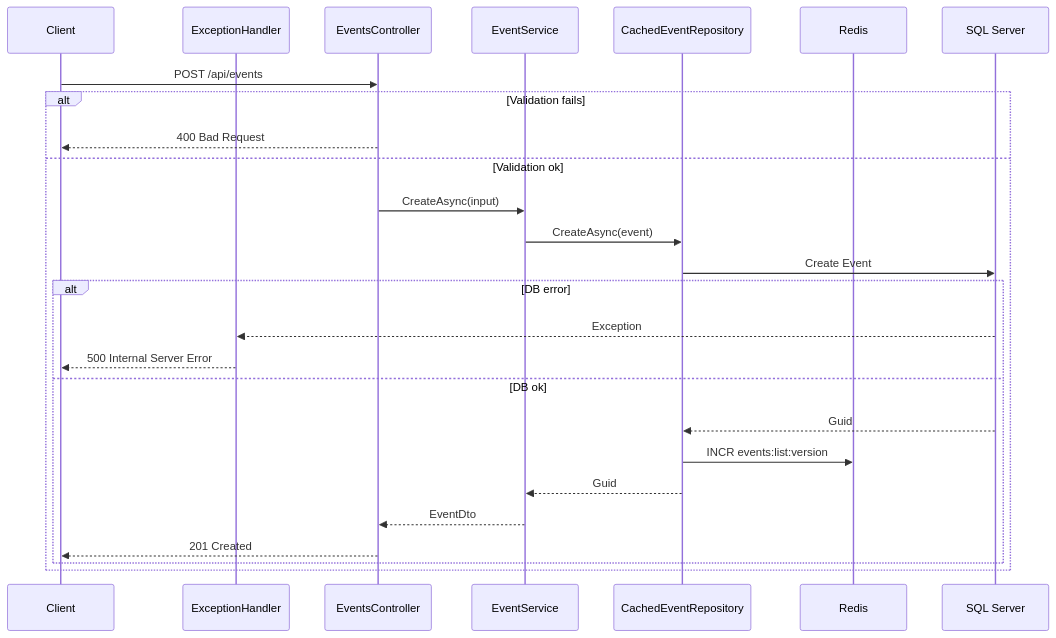
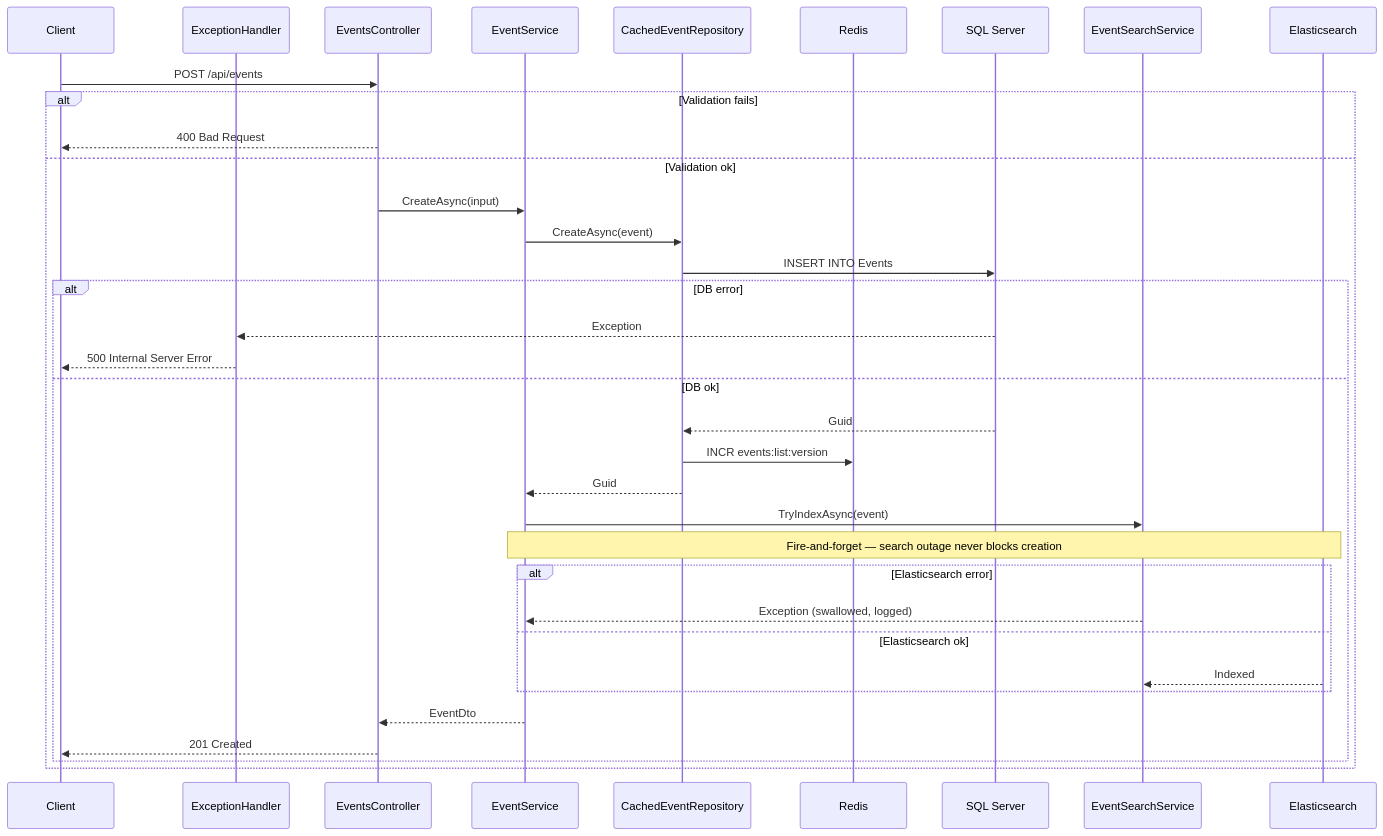
Before and after one commit to LaurentCondoure/EventManager: the diagram in documents/Technical/flows/POST-event.md, drawn with Mermaid. The commit also changed 8 other files, not shown here.

Commit message:
docs: update project's documents. Completed test strategy, update Architecture and flows

````diff
--- a/documents/Technical/flows/POST-event.md
+++ b/documents/Technical/flows/POST-event.md
@@ -1,29 +1,38 @@
 ```mermaid
 sequenceDiagram
     participant Client
     participant EH as ExceptionHandler
     participant API as EventsController
     participant Service as EventService
     participant Cache as CachedEventRepository
     participant Redis
     participant DB as SQL Server
+    participant Search as EventSearchService
+    participant ES as Elasticsearch
 
     Client->>API: POST /api/events
     alt Validation fails
         API-->>Client: 400 Bad Request
     else Validation ok
         API->>Service: CreateAsync(input)
         Service->>Cache: CreateAsync(event)
-        Cache->>DB: Create Event
+        Cache->>DB: INSERT INTO Events
         alt DB error
             DB-->>EH: Exception
             EH-->>Client: 500 Internal Server Error
         else DB ok
             DB-->>Cache: Guid
             Cache->>Redis: INCR events:list:version
             Cache-->>Service: Guid
+            Service->>Search: TryIndexAsync(event)
+            note over Service,ES: Fire-and-forget — search outage never blocks creation
+            alt Elasticsearch error
+                Search-->>Service: Exception (swallowed, logged)
+            else Elasticsearch ok
+                ES-->>Search: Indexed
+            end
             Service-->>API: EventDto
             API-->>Client: 201 Created
         end
     end
 ```
````
